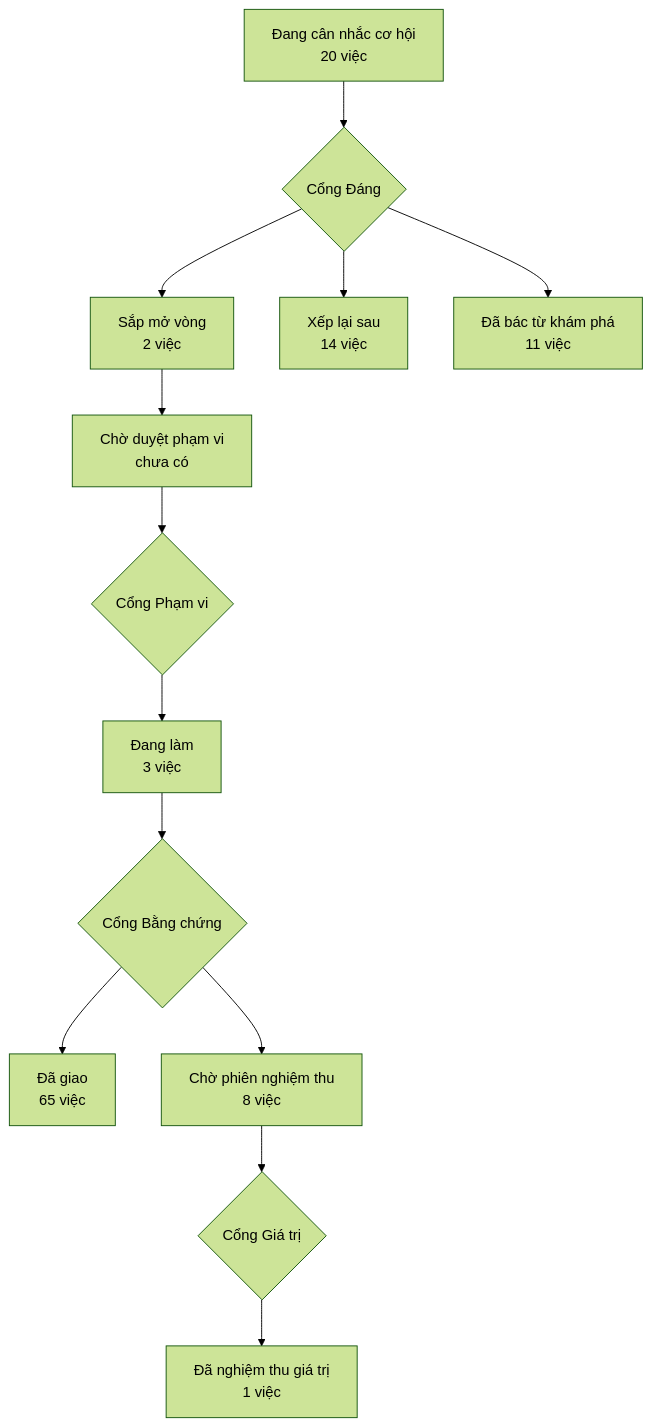
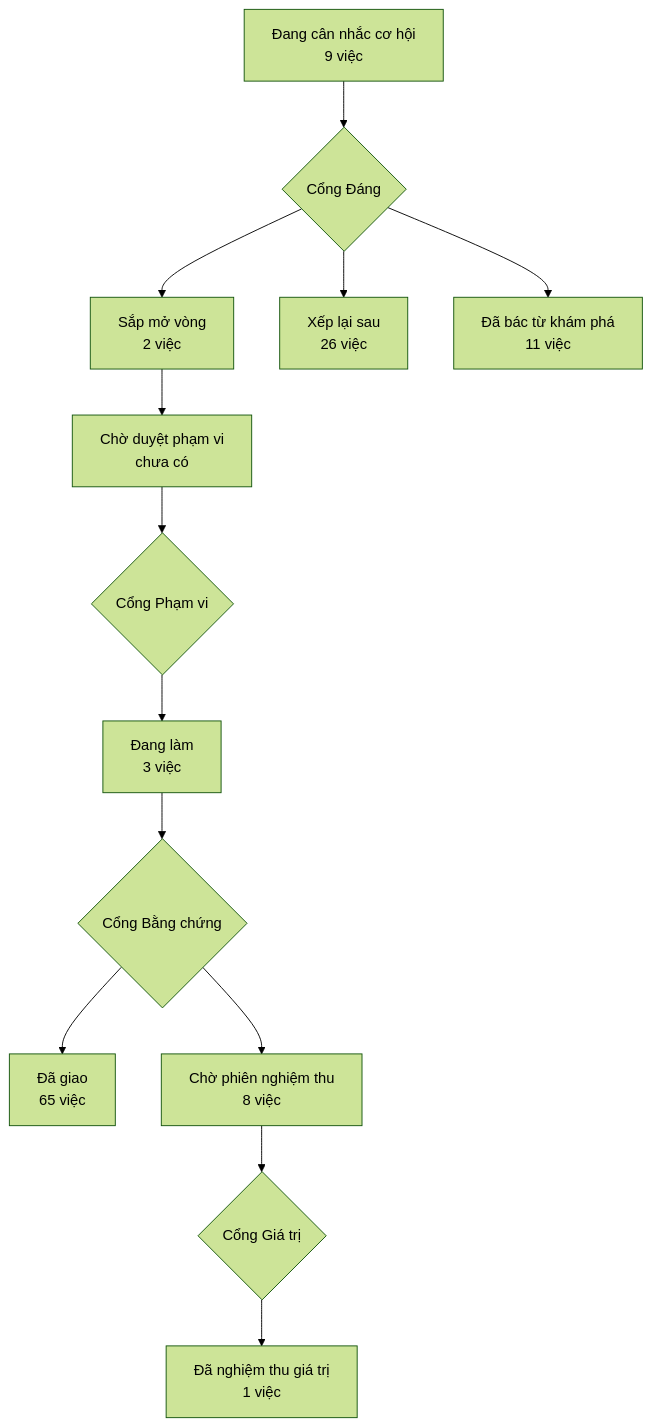
The diagram in PRODUCT-MAP.md (phanlemanh/acceptance-gate-kit), drawn with Mermaid (forest theme) before and after one commit. The commit also changed other lines of this file and 31 other files, not shown here.

````diff
--- a/PRODUCT-MAP.md
+++ b/PRODUCT-MAP.md
@@ -6,12 +6,12 @@
 ```mermaid
 flowchart TD
-  A["Đang cân nhắc cơ hội<br/>20 việc"] --> GD{"Cổng Đáng"}
+  A["Đang cân nhắc cơ hội<br/>9 việc"] --> GD{"Cổng Đáng"}
   GD --> B["Sắp mở vòng<br/>2 việc"]
-  GD --> XL["Xếp lại sau<br/>14 việc"]
+  GD --> XL["Xếp lại sau<br/>26 việc"]
   GD --> DB["Đã bác từ khám phá<br/>11 việc"]
   B --> CD["Chờ duyệt phạm vi<br/>chưa có"] --> GP{"Cổng Phạm vi"}
   GP --> DL["Đang làm<br/>3 việc"] --> GB{"Cổng Bằng chứng"}
   GB --> DG["Đã giao<br/>65 việc"]
   GB --> CN["Chờ phiên nghiệm thu<br/>8 việc"] --> GG{"Cổng Giá trị"}
   GG --> NT["Đã nghiệm thu giá trị<br/>1 việc"]
 ```
````
